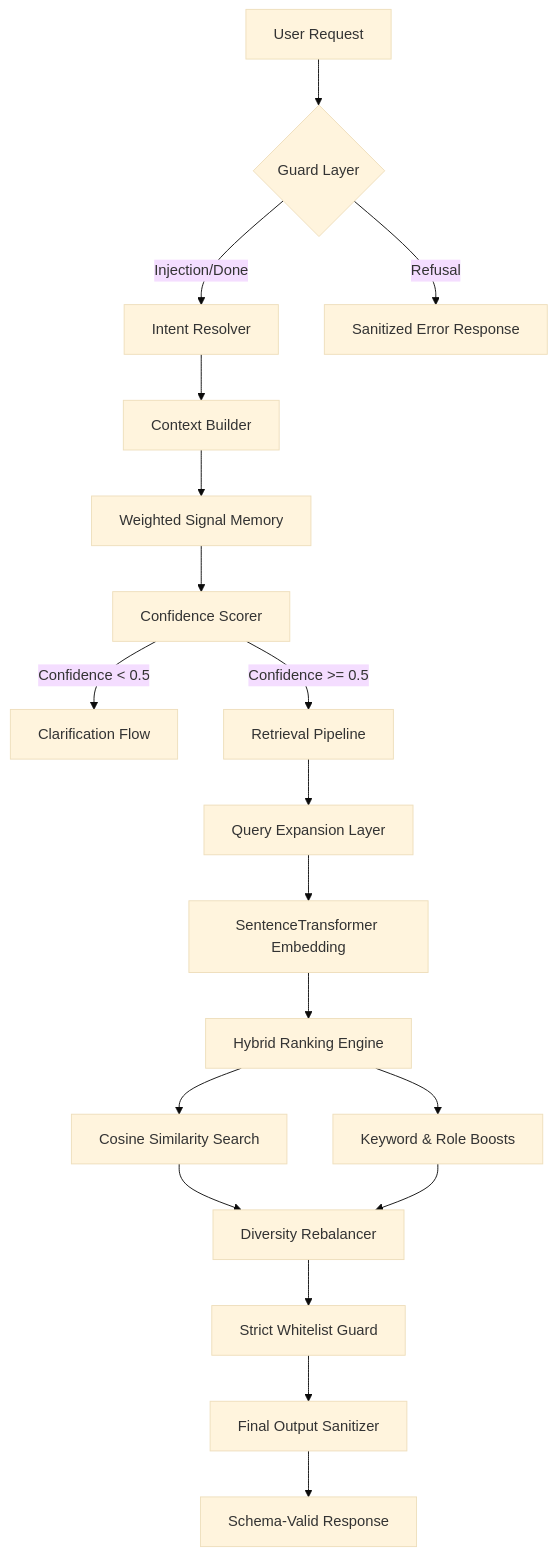
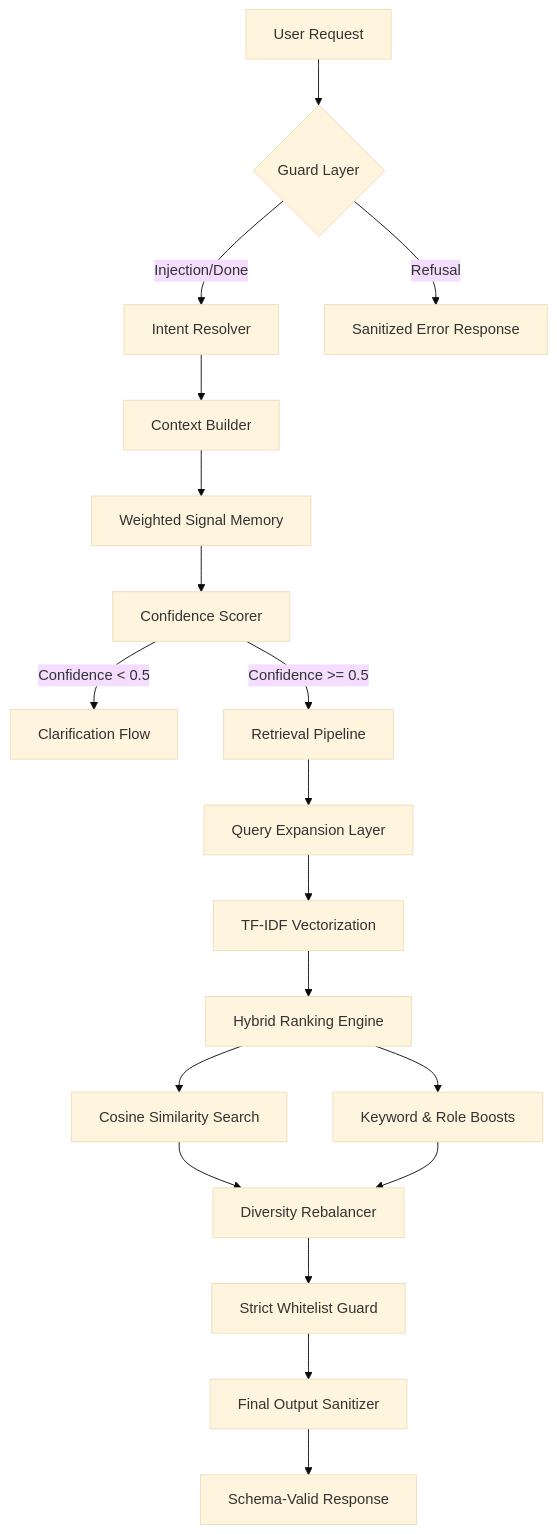
The first of 2 diagrams in README.md (SudheerKonduboina/Assessment_Battery_Designer_API), drawn with Mermaid (base theme) before and after one commit. The commit also changed other lines of this file and 1 other file, not shown here.

Commit message:
docs: update documentation to reflect TF-IDF architecture and add live Render URL

````diff
--- a/README.md
+++ b/README.md
@@ -29,25 +35,25 @@
 ```mermaid
 graph TD
     A[User Request] --> B{Guard Layer}
     B -- Injection/Done --> C[Intent Resolver]
     B -- Refusal --> Z[Sanitized Error Response]
     
     C --> D[Context Builder]
     D --> E[Weighted Signal Memory]
     E --> F[Confidence Scorer]
     
     F -- Confidence < 0.5 --> G[Clarification Flow]
     F -- Confidence >= 0.5 --> H[Retrieval Pipeline]
     
     H --> I[Query Expansion Layer]
-    I --> J[SentenceTransformer Embedding]
+    I --> J[TF-IDF Vectorization]
     J --> K[Hybrid Ranking Engine]
     
     K --> L[Cosine Similarity Search]
     K --> M[Keyword & Role Boosts]
     
     L & M --> N[Diversity Rebalancer]
     N --> O[Strict Whitelist Guard]
     O --> P[Final Output Sanitizer]
     P --> Q[Schema-Valid Response]
 ```
````
